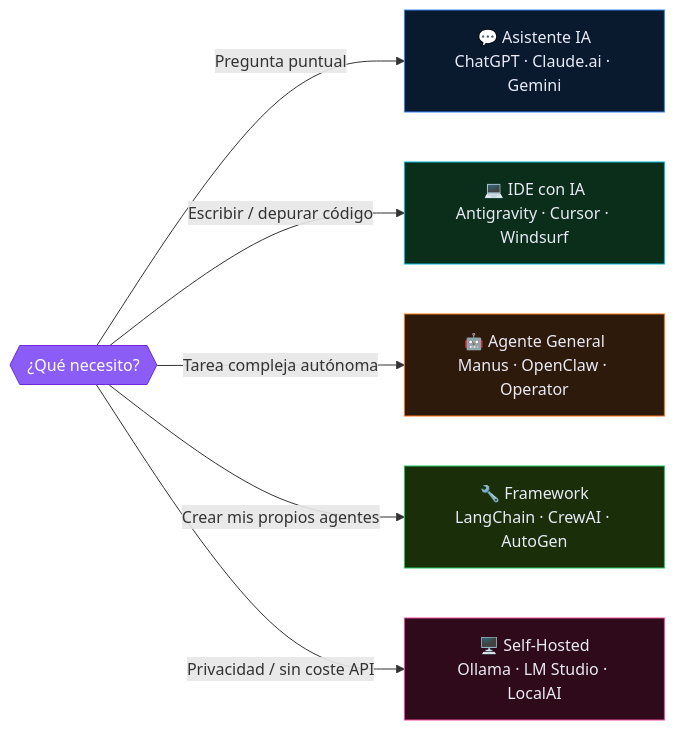
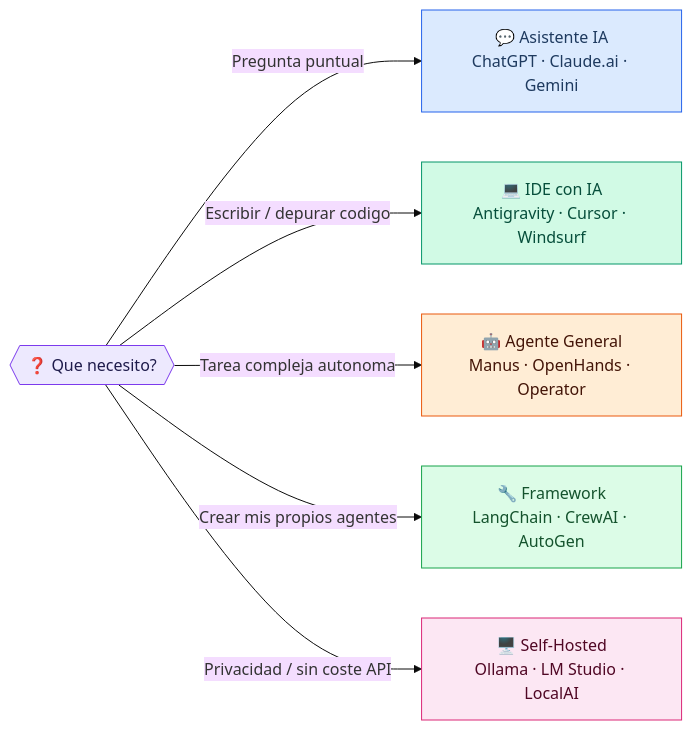
Before and after one commit to pjbarberoiglesias/Panorama-IA: the sixth of 6 diagrams in README.md, drawn with Mermaid. The commit also changed other lines of this file and 3 other files, not shown here.

````diff
--- a/README.md
+++ b/README.md
@@ -157,17 +161,18 @@
 ```mermaid
+%%{init: {'theme': 'base'}}%%
 flowchart LR
-    NECESIDAD{{"¿Qué necesito?"}}
+    NECESIDAD{{"❓ Que necesito?"}}
 
     NECESIDAD -->|Pregunta puntual| ASIST["💬 Asistente IA\nChatGPT · Claude.ai · Gemini"]
-    NECESIDAD -->|Escribir / depurar código| IDE["💻 IDE con IA\nAntigravity · Cursor · Windsurf"]
-    NECESIDAD -->|Tarea compleja autónoma| AGENTE["🤖 Agente General\nManus · OpenClaw · Operator"]
+    NECESIDAD -->|Escribir / depurar codigo| IDE["💻 IDE con IA\nAntigravity · Cursor · Windsurf"]
+    NECESIDAD -->|Tarea compleja autonoma| AGENTE["🤖 Agente General\nManus · OpenHands · Operator"]
     NECESIDAD -->|Crear mis propios agentes| FW["🔧 Framework\nLangChain · CrewAI · AutoGen"]
     NECESIDAD -->|Privacidad / sin coste API| SH["🖥️ Self-Hosted\nOllama · LM Studio · LocalAI"]
 
-    style NECESIDAD fill:#8b5cf6,color:#fff,stroke:#6d28d9
-    style ASIST fill:#0a1a2e,stroke:#3b82f6,color:#e8eaf6
-    style IDE fill:#0a2e1a,stroke:#06b6d4,color:#e8eaf6
-    style AGENTE fill:#2e1a0a,stroke:#f97316,color:#e8eaf6
-    style FW fill:#1a2e0a,stroke:#22c55e,color:#e8eaf6
-    style SH fill:#2e0a1a,stroke:#ec4899,color:#e8eaf6
+    style NECESIDAD fill:#ede9fe,stroke:#7c3aed,color:#1e1b4b
+    style ASIST fill:#dbeafe,stroke:#2563eb,color:#1e3a5f
+    style IDE fill:#d1fae5,stroke:#059669,color:#064e3b
+    style AGENTE fill:#ffedd5,stroke:#ea580c,color:#431407
+    style FW fill:#dcfce7,stroke:#16a34a,color:#14532d
+    style SH fill:#fce7f3,stroke:#db2777,color:#500724
 ```
````
